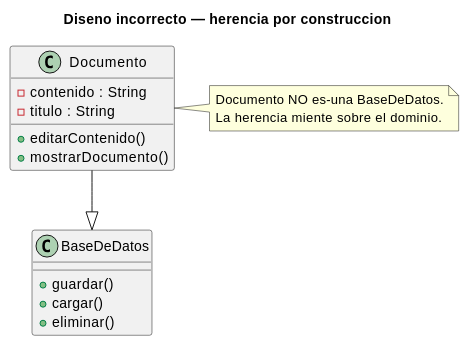
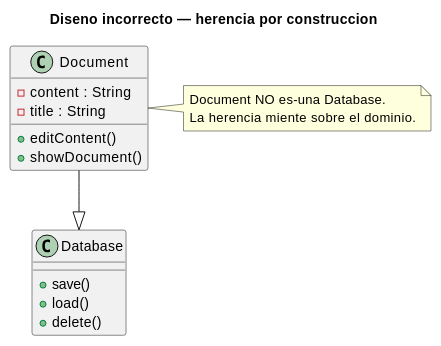
One commit to jcg-admin/IACT-docs changed the first of 2 diagrams in source/requisitos/_metodologia-aplicacion/relaciones-uml/ejemplo-canonico-documento-y-basededatos.rst. Above: the diagram before and after it, drawn with PlantUML. The commit also changed other lines of this file and 16 other files, not shown here.

```diff
--- a/source/requisitos/_metodologia-aplicacion/relaciones-uml/ejemplo-canonico-documento-y-basededatos.rst
+++ b/source/requisitos/_metodologia-aplicacion/relaciones-uml/ejemplo-canonico-documento-y-basededatos.rst
@@ -11,24 +11,24 @@
 .. uml::
 
    @startuml
    title Diseno incorrecto — herencia por construccion
 
-   class BaseDeDatos {
-     + guardar()
-     + cargar()
-     + eliminar()
+   class Database {
+     + save()
+     + load()
+     + delete()
    }
 
-   class Documento {
-     - contenido : String
-     - titulo : String
-     + editarContenido()
-     + mostrarDocumento()
+   class Document {
+     - content : String
+     - title : String
+     + editContent()
+     + showDocument()
    }
 
-   Documento --|> BaseDeDatos
-   note right of Documento
-     Documento NO es-una BaseDeDatos.
+   Document --|> Database
+   note right of Document
+     Document NO es-una Database.
      La herencia miente sobre el dominio.
    end note
    @enduml
```
